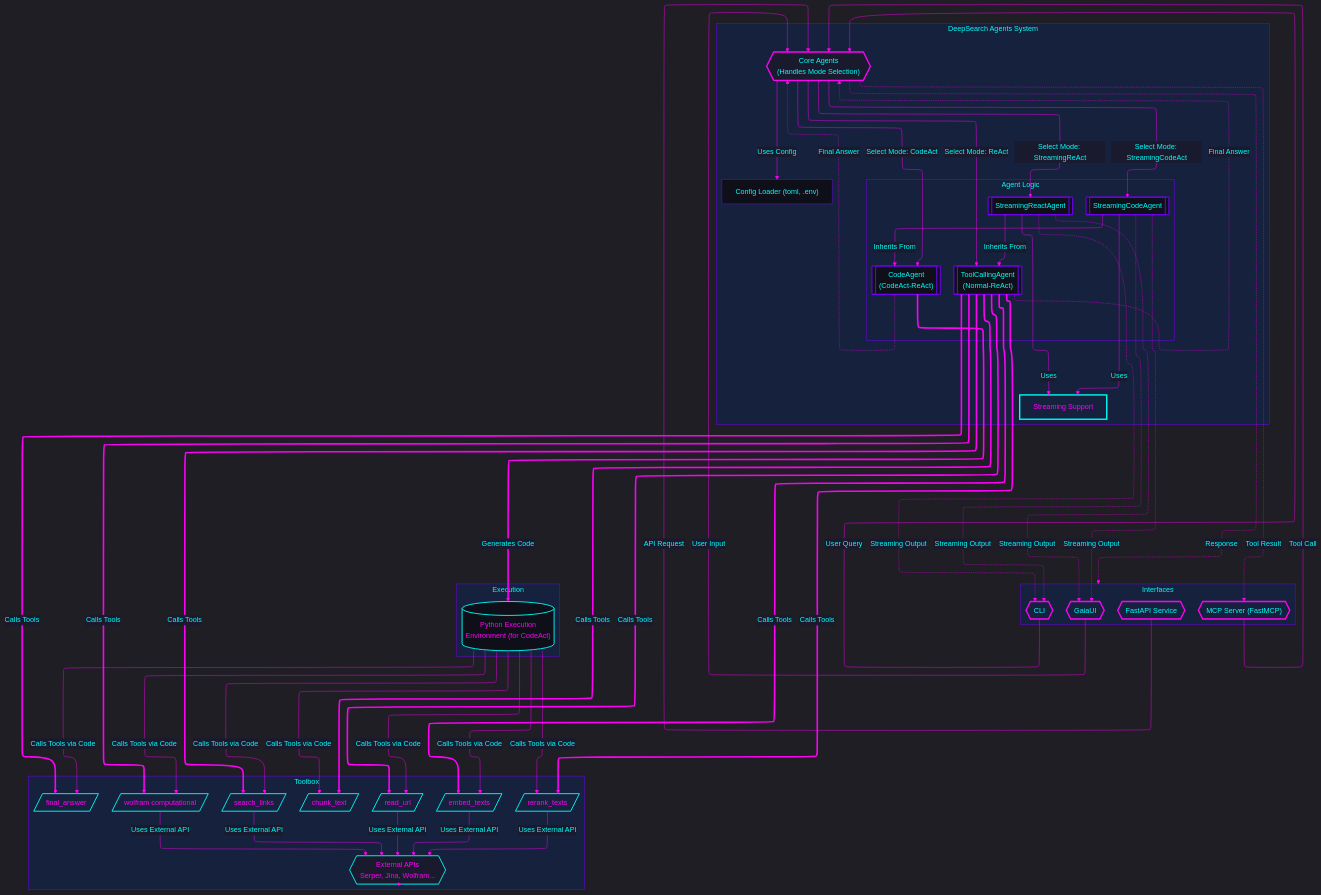
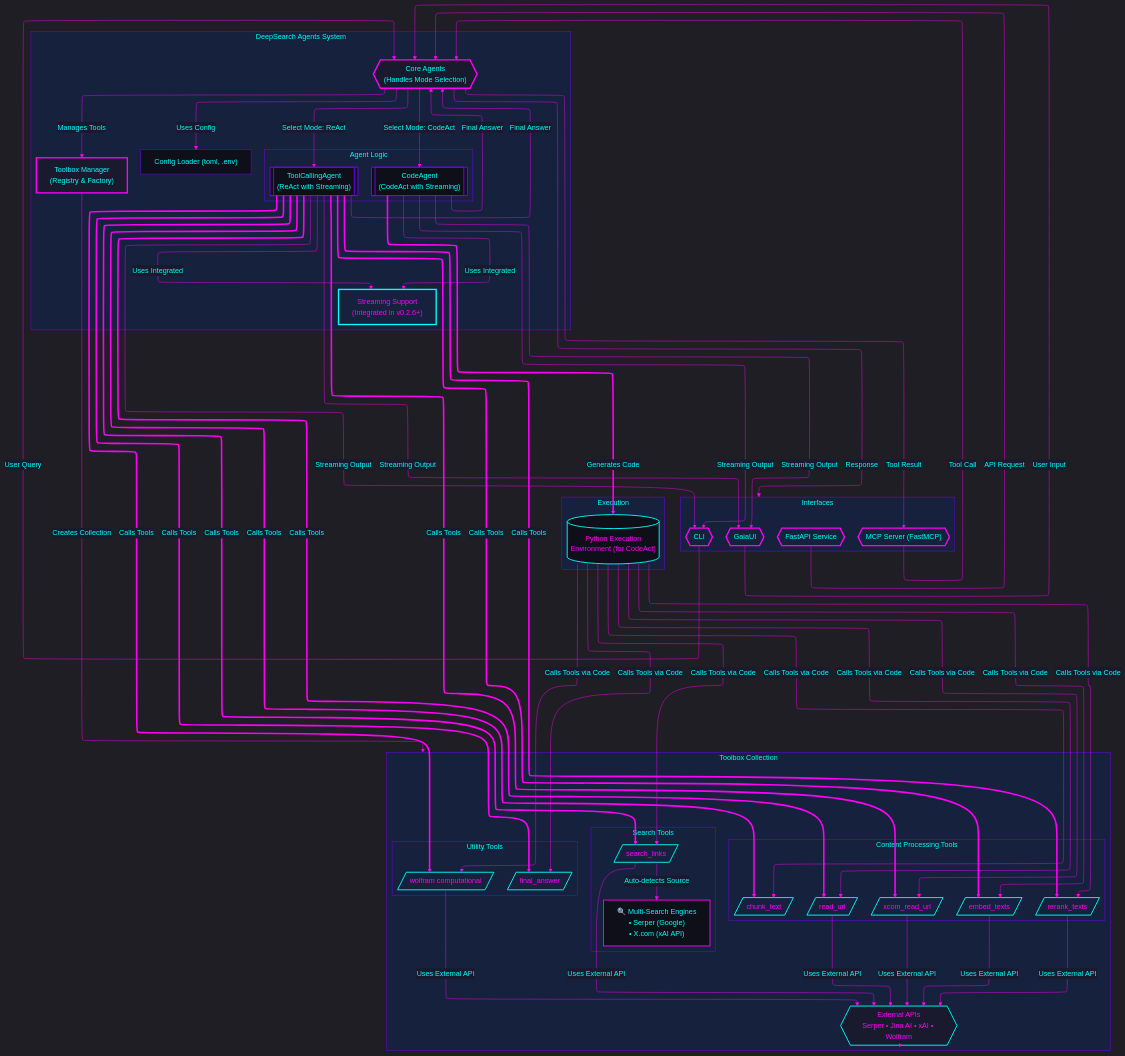
The diagram in README.md (lwyBZss8924d/DeepSearchAgents), drawn with Mermaid before and after one commit. The commit also changed other lines of this file and 3 other files, not shown here.

```diff
--- a/README.md
+++ b/README.md
@@ -298,28 +313,39 @@
         CoreAgents{{"Core Agents
 (Handles Mode Selection)"}}
         ConfigLoader["Config Loader (toml, .env)"]
-        StreamingSupport["Streaming Support"]
+        StreamingSupport["Streaming Support
+(Integrated in v0.2.6+)"]
+        ToolboxManager["Toolbox Manager
+(Registry & Factory)"]
         subgraph Agents["Agent Logic"]
             direction LR
             ToolAgent[["ToolCallingAgent
-(Normal-ReAct)"]]
+(ReAct with Streaming)"]]
             CodeAgent[["CodeAgent
-(CodeAct-ReAct)"]]
-            StreamingReactAgent[["StreamingReactAgent"]]
-            StreamingCodeAgent[["StreamingCodeAgent"]]
+(CodeAct with Streaming)"]]
         end
     end
-    subgraph Toolbox["Toolbox"]
+    subgraph Toolbox["Toolbox Collection"]
         direction TB
-        SearchLinks[/search_links/]
-        ReadURL[/read_url/]
-        ChunkText[/chunk_text/]
-        EmbedTexts[/embed_texts/]
-        RerankTexts[/rerank_texts/]
-        Wolfram[/"wolfram computational"/]
-        FinalAnswer[/final_answer/]
+        subgraph SearchTools["Search Tools"]
+            SearchLinks[/search_links/]
+            SearchEngines["🔍 Multi-Search Engines
+• Serper (Google)
+• X.com (xAI API)"]
+        end
+        subgraph ContentTools["Content Processing Tools"]
+            ReadURL[/read_url/]
+            XcomReadURL[/xcom_read_url/]
+            ChunkText[/chunk_text/]
+            EmbedTexts[/embed_texts/]
+            RerankTexts[/rerank_texts/]
+        end
+        subgraph UtilityTools["Utility Tools"]
+            Wolfram[/"wolfram computational"/]
+            FinalAnswer[/final_answer/]
+        end
         ExternalAPIs{{External APIs
-Serper, Jina, Wolfram...}}
+Serper • Jina AI • xAI • Wolfram}}
     end
     subgraph Execution["Execution"]
         PythonEnv[("Python Execution
@@ -332,16 +358,17 @@
     MCPServer -- "Tool Call" --> CoreAgents
     CoreAgents -- "Select Mode: ReAct" --> ToolAgent
     CoreAgents -- "Select Mode: CodeAct" --> CodeAgent
-    CoreAgents -- "Select Mode: StreamingReAct" --> StreamingReactAgent
-    CoreAgents -- "Select Mode: StreamingCodeAct" --> StreamingCodeAgent
     CoreAgents -- "Uses Config" --> ConfigLoader
-    StreamingReactAgent -- "Inherits From" --> ToolAgent
-    StreamingCodeAgent -- "Inherits From" --> CodeAgent
-    StreamingReactAgent -- "Uses" --> StreamingSupport
-    StreamingCodeAgent -- "Uses" --> StreamingSupport
+    CoreAgents -- "Manages Tools" --> ToolboxManager
+    ToolAgent -- "Uses Integrated" --> StreamingSupport
+    CodeAgent -- "Uses Integrated" --> StreamingSupport
 
+    ToolboxManager -- "Creates Collection" --> Toolbox
+    SearchLinks -- "Auto-detects Source" --> SearchEngines
+    
     ToolAgent == "Calls Tools" ==> SearchLinks
     ToolAgent == "Calls Tools" ==> ReadURL
+    ToolAgent == "Calls Tools" ==> XcomReadURL
     ToolAgent == "Calls Tools" ==> ChunkText
     ToolAgent == "Calls Tools" ==> EmbedTexts
     ToolAgent == "Calls Tools" ==> RerankTexts
@@ -349,10 +376,9 @@
     ToolAgent == "Calls Tools" ==> FinalAnswer
 
     CodeAgent == "Generates Code" ==> PythonEnv
-    PythonEnv[("Python Execution
-Environment (for CodeAct)")]
     PythonEnv -- "Calls Tools via Code" --> SearchLinks
     PythonEnv -- "Calls Tools via Code" --> ReadURL
+    PythonEnv -- "Calls Tools via Code" --> XcomReadURL
     PythonEnv -- "Calls Tools via Code" --> ChunkText
     PythonEnv -- "Calls Tools via Code" --> EmbedTexts
     PythonEnv -- "Calls Tools via Code" --> RerankTexts
@@ -361,19 +387,20 @@
 
     SearchLinks -- "Uses External API" --> ExternalAPIs
     ReadURL -- "Uses External API" --> ExternalAPIs
+    XcomReadURL -- "Uses External API" --> ExternalAPIs
     EmbedTexts -- "Uses External API" --> ExternalAPIs
     RerankTexts -- "Uses External API" --> ExternalAPIs
     Wolfram -- "Uses External API" --> ExternalAPIs
-    ExternalAPIs -.-> Toolbox
+    ExternalAPIs --> Toolbox
 
-    ToolAgent -. "Final Answer" .-> CoreAgents
-    CodeAgent -. "Final Answer" .-> CoreAgents
-    StreamingReactAgent -. "Streaming Output" .-> CLI
-    StreamingCodeAgent -. "Streaming Output" .-> CLI
-    StreamingReactAgent -. "Streaming Output" .-> GaiaUI
-    StreamingCodeAgent -. "Streaming Output" .-> GaiaUI
-    CoreAgents -. "Response" .-> Interfaces
-    CoreAgents -. "Tool Result" .-> MCPServer
+    ToolAgent -- "Final Answer" --> CoreAgents
+    CodeAgent -- "Final Answer" --> CoreAgents
+    ToolAgent -- "Streaming Output" --> CLI
+    CodeAgent -- "Streaming Output" --> CLI
+    ToolAgent -- "Streaming Output" --> GaiaUI
+    CodeAgent -- "Streaming Output" --> GaiaUI
+    CoreAgents -- "Response" --> Interfaces
+    CoreAgents -- "Tool Result" --> MCPServer
 
     classDef default fill:#1a1a2e,stroke:#7700ff,stroke-width:2px,color:#00fff9
     classDef interface fill:#16213e,stroke:#ff00f7,stroke-width:3px,color:#00fff9
@@ -385,6 +412,7 @@
     classDef config fill:#0f0f1a,stroke:#7700ff,stroke-width:1px,color:#00fff9
     classDef streaming fill:#16213e,stroke:#00fff9,stroke-width:3px,color:#ff00f7
     classDef mcpserver fill:#16213e,stroke:#ff00f7,stroke-width:3px,color:#00fff9
+    classDef searchengine fill:#0f0f1a,stroke:#ff00f7,stroke-width:2px,color:#00fff9
 
     CLI:::interface
     FastAPI:::interface
@@ -393,11 +421,12 @@
     CoreAgents:::manager
     ToolAgent:::agent
     CodeAgent:::agent
-    StreamingReactAgent:::agent
-    StreamingCodeAgent:::agent
     StreamingSupport:::streaming
+    ToolboxManager:::manager
     SearchLinks:::tool
+    SearchEngines:::searchengine
     ReadURL:::tool
+    XcomReadURL:::tool
     ChunkText:::tool
     EmbedTexts:::tool
     RerankTexts:::tool
```
